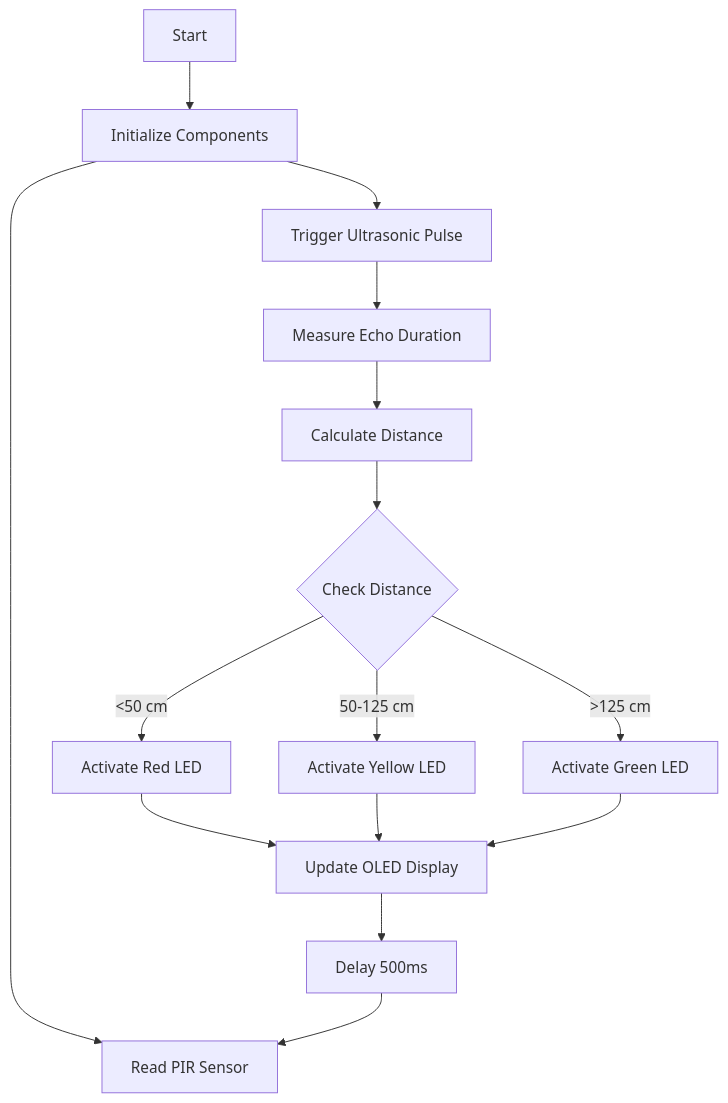
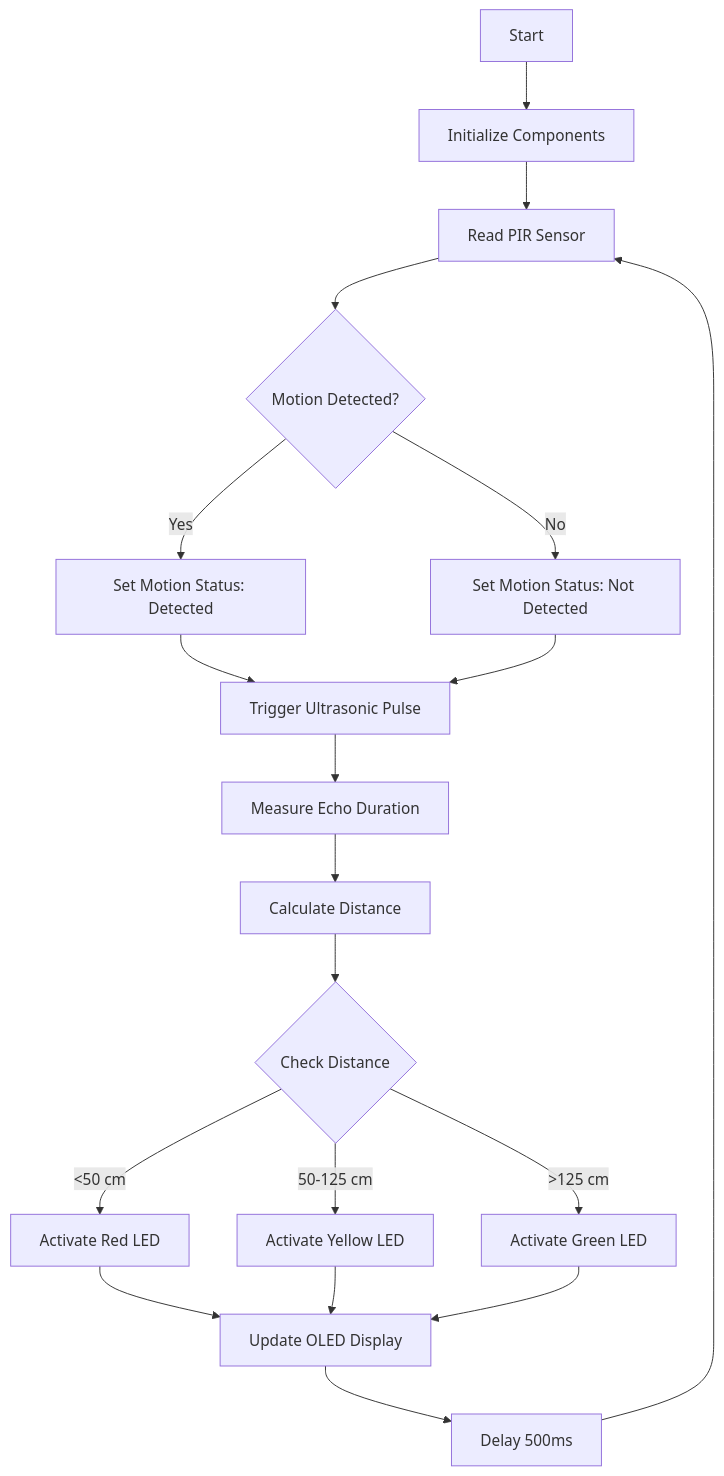
The diagram in README.md (jefry-dot/smart-distance-motion-detection), drawn with Mermaid before and after one commit.

````diff
--- a/README.md
+++ b/README.md
@@ -82,17 +82,22 @@
 ```mermaid
 graph TD
   A[Start] --> B[Initialize Components]
   B --> C[Read PIR Sensor]
-  B --> D[Trigger Ultrasonic Pulse]
-  D --> E[Measure Echo Duration]
-  E --> F[Calculate Distance]
-  F --> G{Check Distance}
-  G -->| <50 cm | H[Activate Red LED]
-  G -->| 50-125 cm | I[Activate Yellow LED]
-  G -->| >125 cm | J[Activate Green LED]
-  H --> K[Update OLED Display]
-  I --> K
-  J --> K
-  K --> L[Delay 500ms]
-  L --> C
+  C --> D{Motion Detected?}
+  D -->|Yes| E[Set Motion Status: Detected]
+  D -->|No| F[Set Motion Status: Not Detected]
+  E --> G[Trigger Ultrasonic Pulse]
+  F --> G
+  G --> H[Measure Echo Duration]
+  H --> I[Calculate Distance]
+  I --> J{Check Distance}
+  J -->| <50 cm | K[Activate Red LED]
+  J -->| 50-125 cm | L[Activate Yellow LED]
+  J -->| >125 cm | M[Activate Green LED]
+  K --> N[Update OLED Display]
+  L --> N
+  M --> N
+  N --> O[Delay 500ms]
+  O --> C
+
 ```
````
